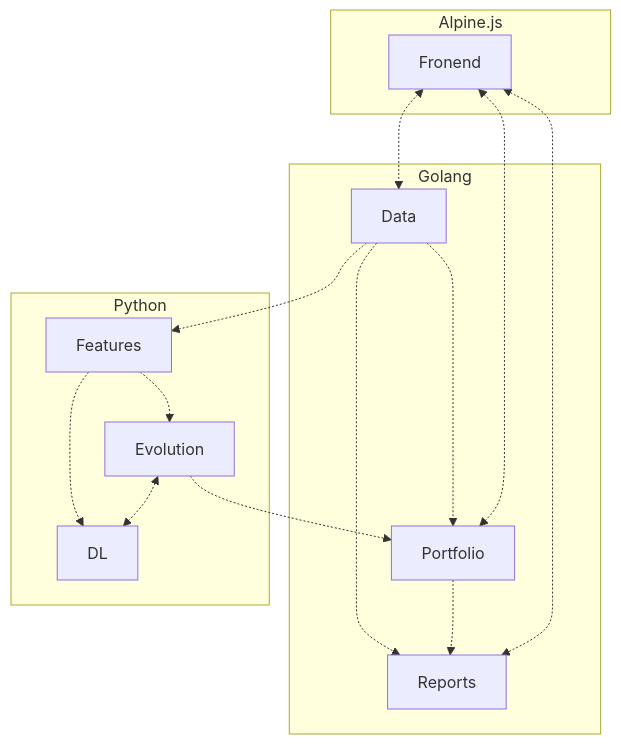
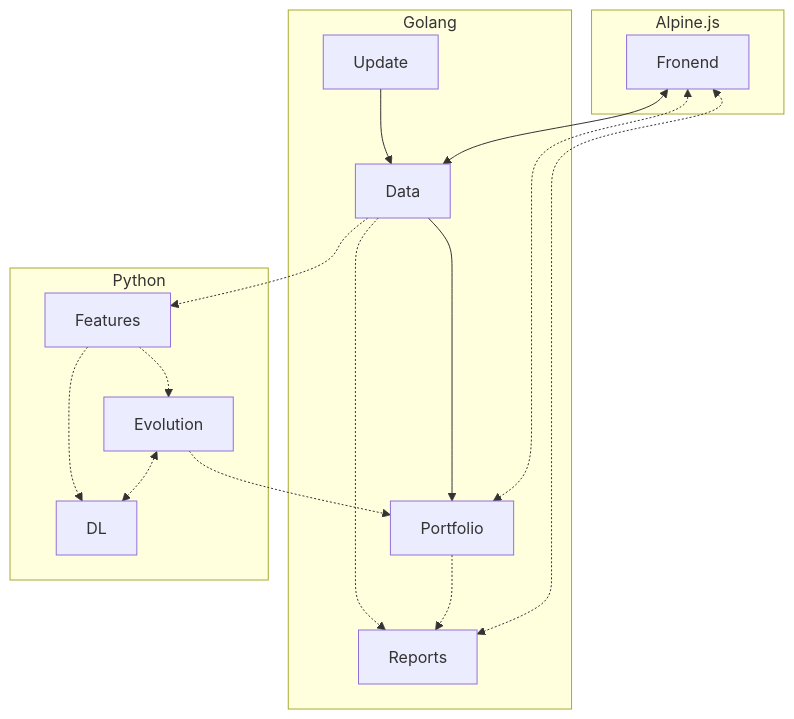
Before and after one commit to WLM1ke/poptimizer: the first of 3 diagrams in opt/README.md, drawn with Mermaid. The commit also changed other lines of this file, not shown here.

````diff
--- a/opt/README.md
+++ b/opt/README.md
@@ -46,25 +46,26 @@
 ```mermaid
 flowchart
 
 subgraph Alpine.js
     Fronend
 end
 
 subgraph Golang
-    Data -.-> Portfolio
+    Update --> Data
+    Data --> Portfolio
     Data -.-> Reports
     Portfolio -.-> Reports
 end
 
 subgraph Python
     Features -.-> Evolution
     Features -.-> DL
     Evolution <-.-> DL
 end
 
-Fronend <-.-> Data
+Fronend <--> Data
 Fronend <-.-> Portfolio
 Fronend <-.-> Reports
 Data -.-> Features
 Evolution -.-> Portfolio
 ```
````
